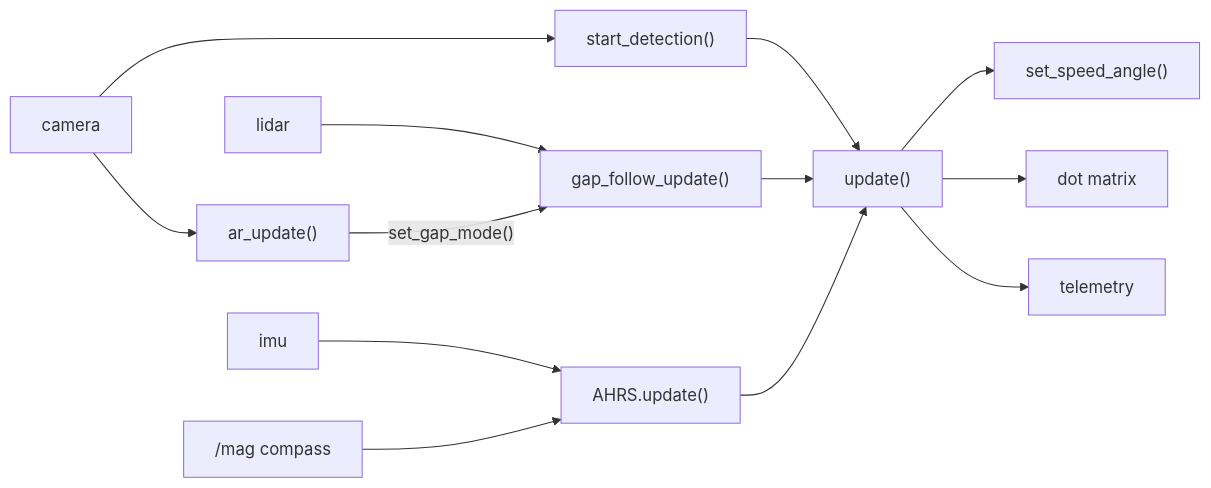
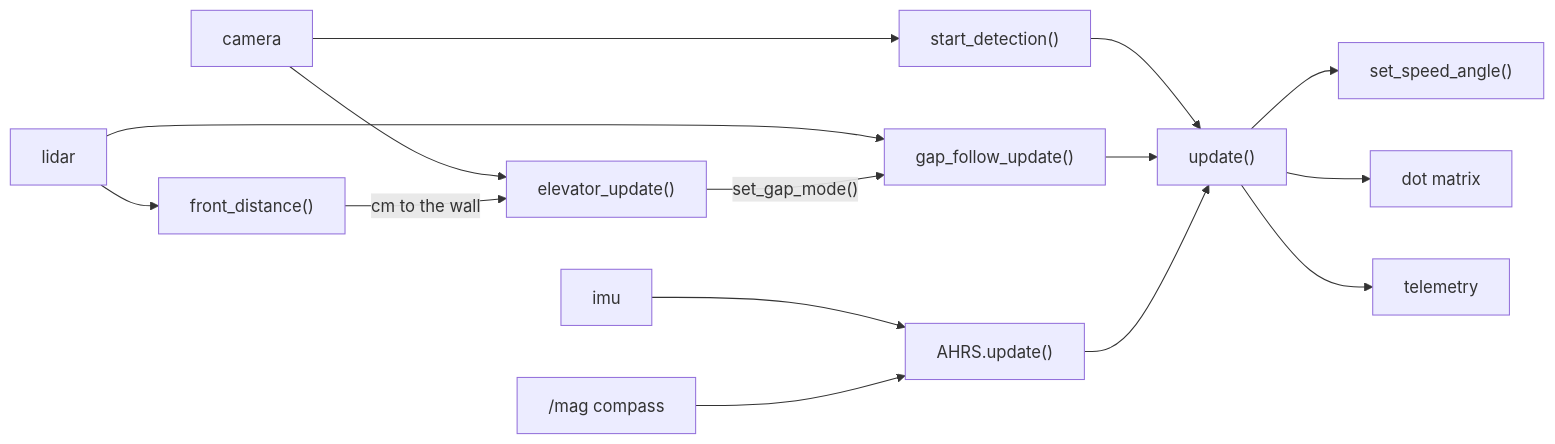
Before and after one commit to paul-sopin/team4-bwsiracecar-grandprix: the first of 2 diagrams in README.md, drawn with Mermaid. The commit also changed other lines of this file and 8 other files, not shown here.

````diff
--- a/README.md
+++ b/README.md
@@ -59,15 +63,17 @@
 ```mermaid
 flowchart LR
 CAM[camera] --> SD["start_detection()"]
-CAM --> AR["ar_update()"]
+CAM --> AR["elevator_update()"]
 LID[lidar] --> GF["gap_follow_update()"]
+LID --> FD["front_distance()"]
 IMU[imu] --> AH["AHRS.update()"]
 MAG["/mag compass"] --> AH
 AR -->|"set_gap_mode()"| GF
+FD -->|"cm to the wall"| AR
 SD --> U["update()"]
 GF --> U
 AH --> U
 U --> DRV["set_speed_angle()"]
 U --> DISP["dot matrix"]
 U --> TEL["telemetry"]
 ```
````
